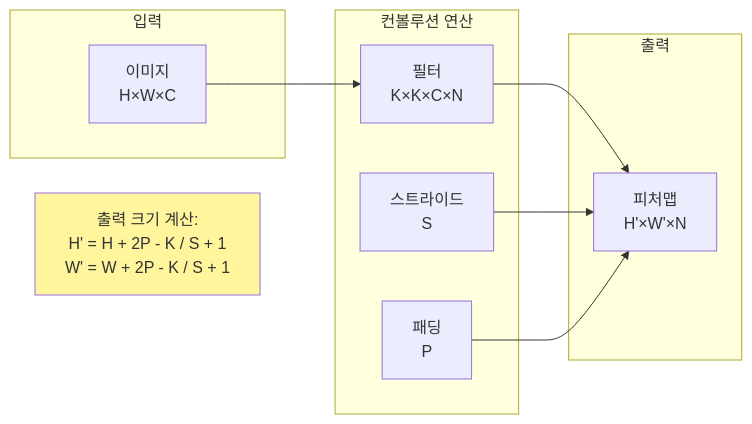
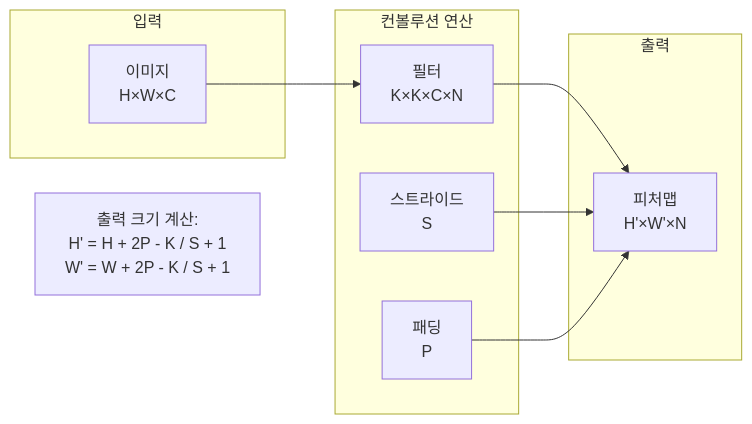
Before and after one commit to c0z0c/sprint_mission: the second of 7 diagrams in 스터디/이미지와_컴퓨터미전_학습자료.md, drawn with Mermaid. The commit also changed other lines of this file and 1 other file, not shown here.

Commit message:
mermaid 오류 수정

````diff
--- a/스터디/이미지와_컴퓨터미전_학습자료.md
+++ b/스터디/이미지와_컴퓨터미전_학습자료.md
@@ -1687,25 +1682,23 @@
 ```mermaid
 graph LR
     subgraph "입력"
         A["이미지<br/>H×W×C"]
     end
     
     subgraph "컨볼루션 연산"
         B["필터<br/>K×K×C×N"]
         C["스트라이드<br/>S"]
         D["패딩<br/>P"]
     end
     
     subgraph "출력"
         E["피처맵<br/>H'×W'×N"]
     end
     
     A --> B
     B --> E
     C --> E
     D --> E
     
-    F["출력 크기 계산:<br/>H' = H + 2P - K / S + 1<br/>W' = W + 2P - K / S + 1"]
-    
-    style F fill:#fff59d
+    F["출력 크기 계산:<br/>H' = H + 2P - K / S + 1<br/>W' = W + 2P - K / S + 1"]   
 ```
````
